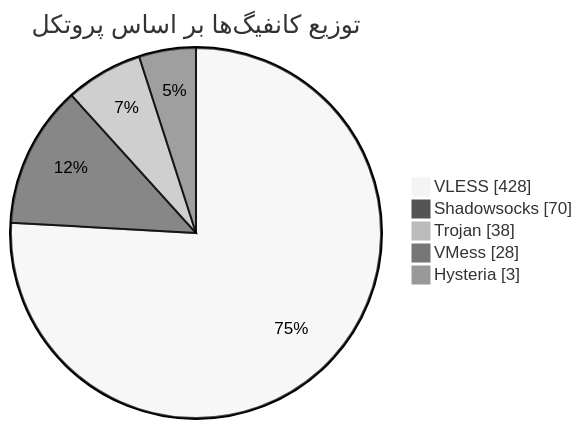
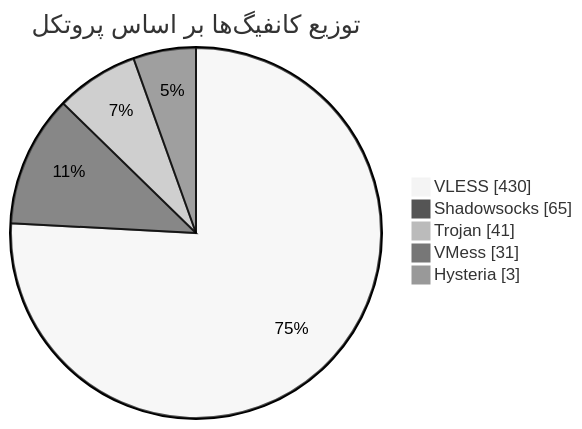
The diagram in README.md (Arian-Alijani/Somthing), drawn with Mermaid (neutral theme) before and after one commit. The commit also changed other lines of this file and 73 other files, not shown here.

````diff
--- a/README.md
+++ b/README.md
@@ -47,9 +47,9 @@
 ```mermaid
 pie showData
     title توزیع کانفیگ‌ها بر اساس پروتکل
-    "VLESS" : 428
-    "Shadowsocks" : 70
-    "Trojan" : 38
-    "VMess" : 28
+    "VLESS" : 430
+    "Shadowsocks" : 65
+    "Trojan" : 41
+    "VMess" : 31
     "Hysteria" : 3
 ```
````
